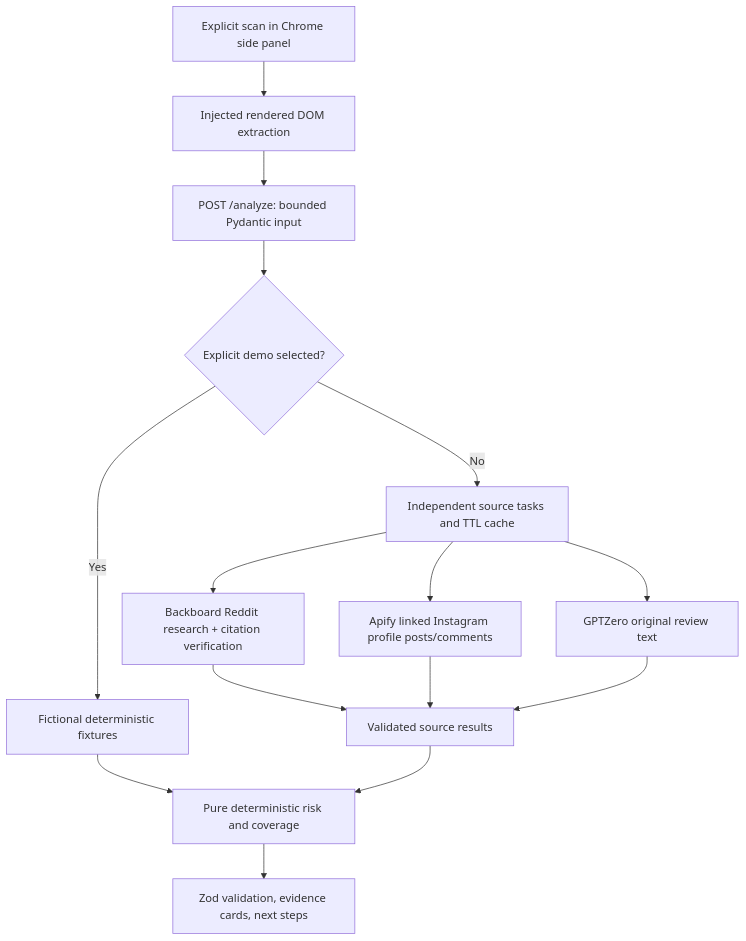
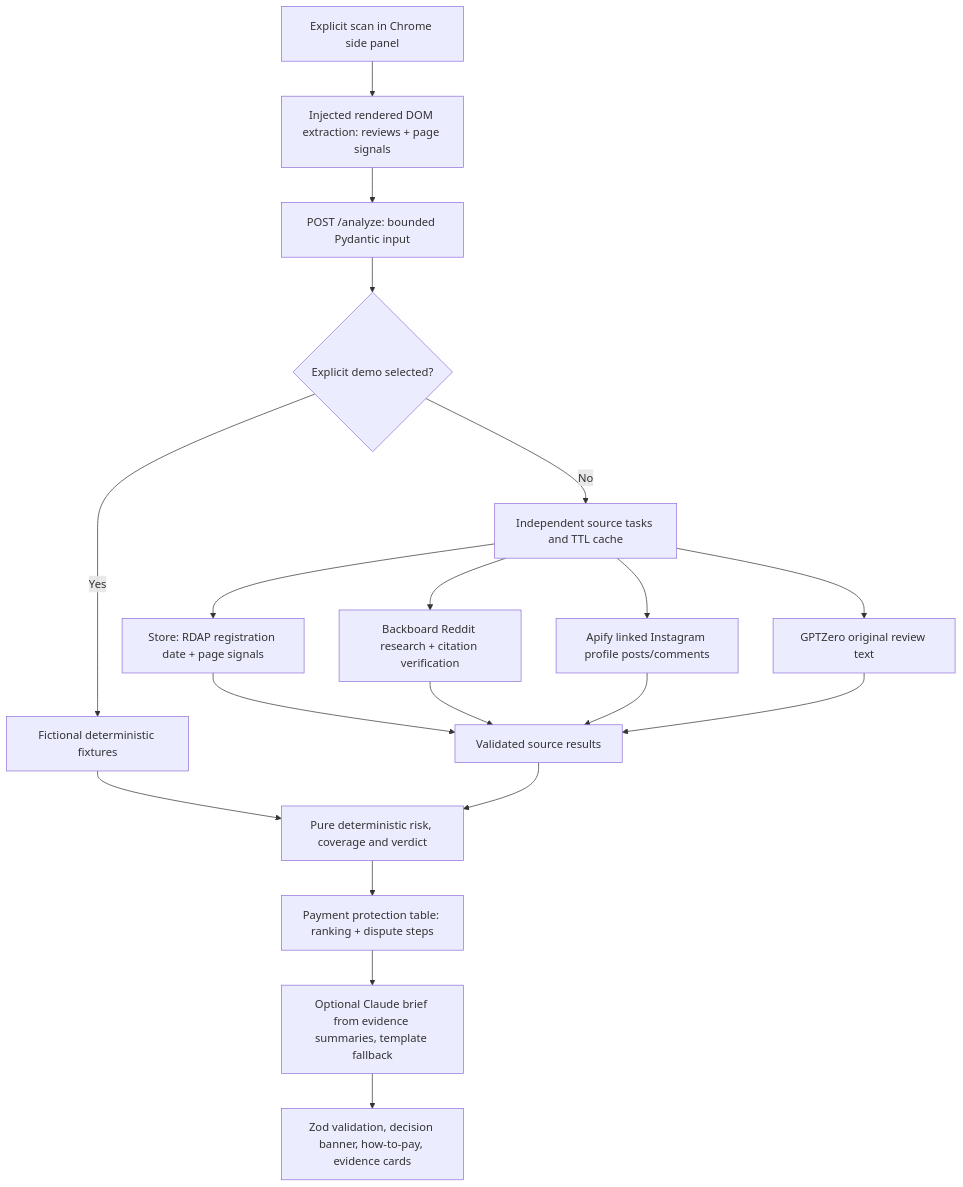
Before and after one commit to DevSingh05/CheckoutGuard: the diagram in docs/ARCHITECTURE.md, drawn with Mermaid. The commit also changed other lines of this file and 3 other files, not shown here.

Commit message:
Document payment guidance, store checks and AI brief

````diff
--- a/docs/ARCHITECTURE.md
+++ b/docs/ARCHITECTURE.md
@@ -3,17 +3,21 @@
 ```mermaid
 flowchart TD
-    A[Explicit scan in Chrome side panel] --> B[Injected rendered DOM extraction]
+    A[Explicit scan in Chrome side panel] --> B[Injected rendered DOM extraction: reviews + page signals]
     B --> C[POST /analyze: bounded Pydantic input]
     C --> D{Explicit demo selected?}
     D -->|Yes| E[Fictional deterministic fixtures]
     D -->|No| F[Independent source tasks and TTL cache]
+    F --> S[Store: RDAP registration date + page signals]
     F --> G[Backboard Reddit research + citation verification]
     F --> H[Apify linked Instagram profile posts/comments]
     F --> I[GPTZero original review text]
-    G --> J[Validated source results]
+    S --> J[Validated source results]
+    G --> J
     H --> J
     I --> J
-    E --> K[Pure deterministic risk and coverage]
+    E --> K[Pure deterministic risk, coverage and verdict]
     J --> K
-    K --> L[Zod validation, evidence cards, next steps]
+    K --> P[Payment protection table: ranking + dispute steps]
+    P --> Q[Optional Claude brief from evidence summaries, template fallback]
+    Q --> L[Zod validation, decision banner, how-to-pay, evidence cards]
 ```
````
